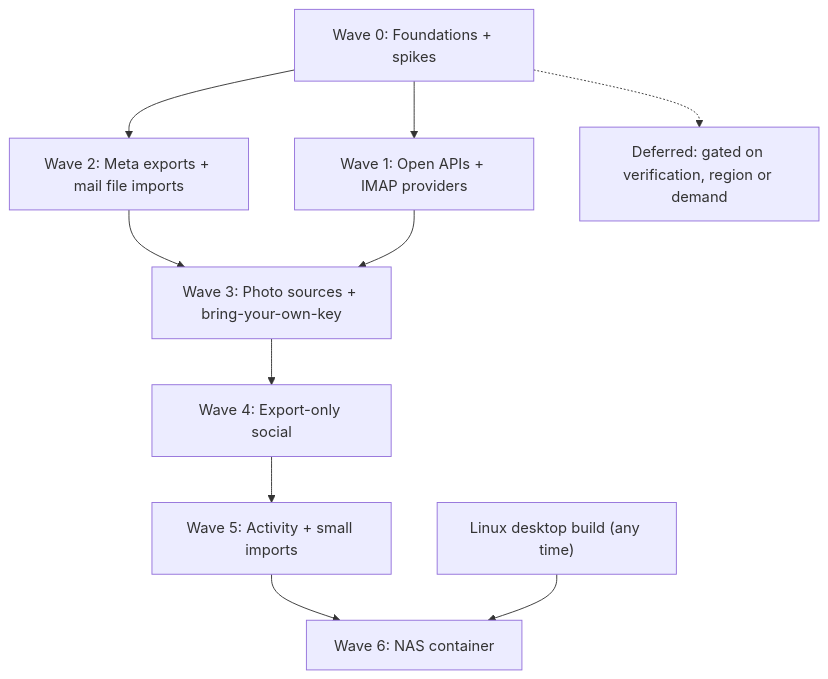
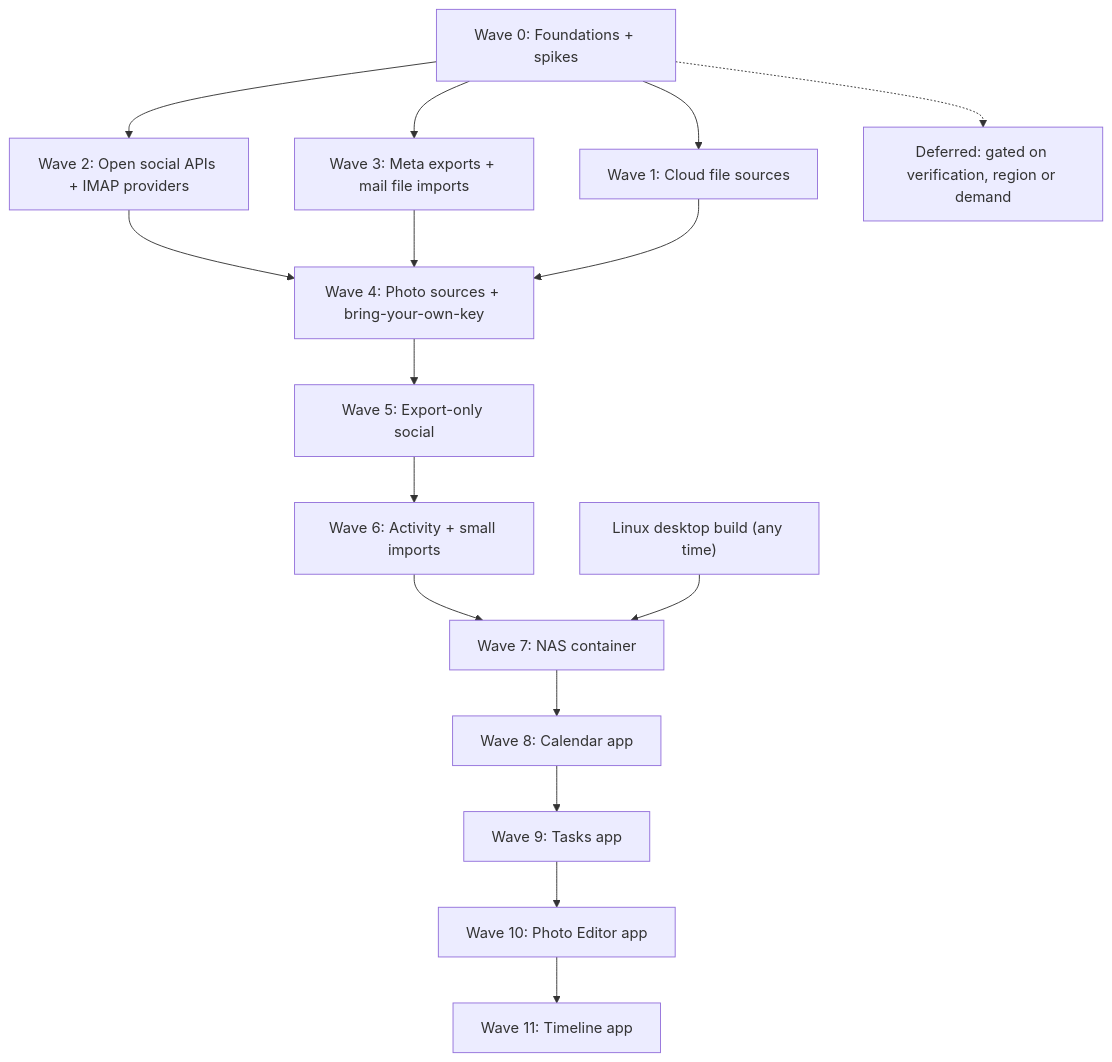
Before and after one commit to XDT-Labs/mydatastudio: the diagram in docs/RELEASE-PLAN.md, drawn with Mermaid. The commit also changed other lines of this file and 6 other files, not shown here.

First line of the commit message:
docs: close finished plans and resequence the release waves

````diff
--- a/docs/RELEASE-PLAN.md
+++ b/docs/RELEASE-PLAN.md
@@ -14,21 +14,32 @@
 ```mermaid
 flowchart TD
   W0["Wave 0: Foundations + spikes"]
-  W1["Wave 1: Open APIs + IMAP providers"]
-  W2["Wave 2: Meta exports + mail file imports"]
-  W3["Wave 3: Photo sources + bring-your-own-key"]
-  W4["Wave 4: Export-only social"]
-  W5["Wave 5: Activity + small imports"]
-  W6["Wave 6: NAS container"]
+  W1["Wave 1: Cloud file sources"]
+  W2["Wave 2: Open social APIs + IMAP providers"]
+  W3["Wave 3: Meta exports + mail file imports"]
+  W4["Wave 4: Photo sources + bring-your-own-key"]
+  W5["Wave 5: Export-only social"]
+  W6["Wave 6: Activity + small imports"]
+  W7["Wave 7: NAS container"]
+  W8["Wave 8: Calendar app"]
+  W9["Wave 9: Tasks app"]
+  W10["Wave 10: Photo Editor app"]
+  W11["Wave 11: Timeline app"]
   LX["Linux desktop build (any time)"]
   D["Deferred: gated on verification, region or demand"]
   W0 --> W1
   W0 --> W2
-  W2 --> W3
-  W1 --> W3
+  W2 --> W4
+  W0 --> W3
   W3 --> W4
+  W1 --> W4
   W4 --> W5
   W5 --> W6
-  LX --> W6
+  W6 --> W7
+  LX --> W7
+  W7 --> W8
+  W8 --> W9
+  W9 --> W10
+  W10 --> W11
   W0 -.-> D
 ```
````
